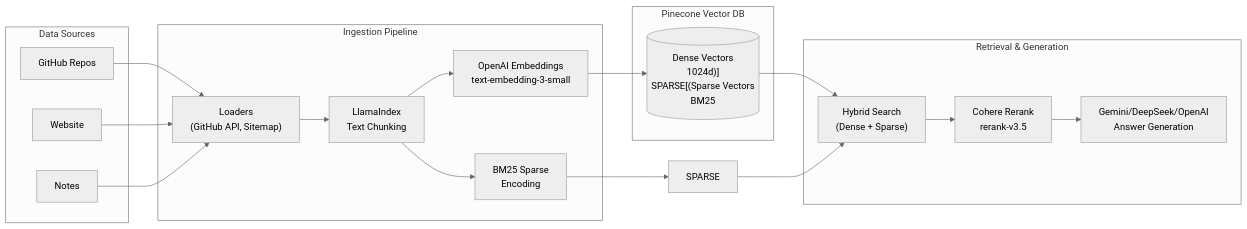
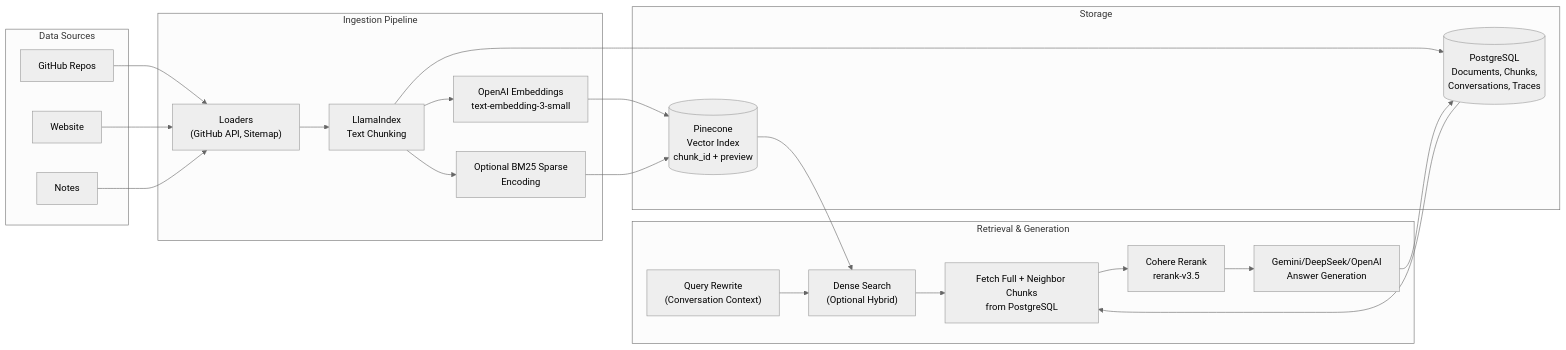
Before and after one commit to roger-twan/rag-server: the diagram in README.md, drawn with Mermaid (neutral theme). The commit also changed other lines of this file and 13 other files, not shown here.

First line of the commit message:
feat: add Postgres-backed RAG context storage

````diff
--- a/README.md
+++ b/README.md
@@ -15,43 +15,48 @@
 ```mermaid
 flowchart LR
     subgraph Sources["Data Sources"]
         GH["GitHub Repos"]
         WEB["Website"]
         NOTES["Notes"]
     end
 
     subgraph Pipeline["Ingestion Pipeline"]
         LOADERS["Loaders<br/>(GitHub API, Sitemap)"]
         CHUNK["LlamaIndex<br/>Text Chunking"]
         EMBED["OpenAI Embeddings<br/>text-embedding-3-small"]
-        BM25["BM25 Sparse<br/>Encoding"]
+        BM25["Optional BM25 Sparse<br/>Encoding"]
     end
 
-    subgraph VectorDB["Pinecone Vector DB"]
-        DENSE[("Dense Vectors<br/>1024d)]
-        SPARSE[("Sparse Vectors<br/>BM25)]
+    subgraph Storage["Storage"]
+        PG[("PostgreSQL<br/>Documents, Chunks,<br/>Conversations, Traces")]
+        PINE[("Pinecone<br/>Vector Index<br/>chunk_id + preview")]
     end
 
     subgraph Retrieval["Retrieval & Generation"]
-        HYBRID["Hybrid Search<br/>(Dense + Sparse)"]
+        REWRITE["Query Rewrite<br/>(Conversation Context)"]
+        SEARCH["Dense Search<br/>(Optional Hybrid)"]
+        EXPAND["Fetch Full + Neighbor Chunks<br/>from PostgreSQL"]
         RERANK["Cohere Rerank<br/>rerank-v3.5"]
         ANSWER["Gemini/DeepSeek/OpenAI<br/>Answer Generation"]
     end
 
     GH --> LOADERS
     WEB --> LOADERS
     NOTES --> LOADERS
     
     LOADERS --> CHUNK
     CHUNK --> EMBED
     CHUNK --> BM25
-    
-    EMBED --> DENSE
-    BM25 --> SPARSE
-    
-    DENSE --> HYBRID
-    SPARSE --> HYBRID
-    
-    HYBRID --> RERANK
+
+    CHUNK --> PG
+    EMBED --> PINE
+    BM25 --> PINE
+
+    REWRITE --> SEARCH
+    PINE --> SEARCH
+    SEARCH --> EXPAND
+    PG --> EXPAND
+    EXPAND --> RERANK
     RERANK --> ANSWER
+    ANSWER --> PG
 ```
````
